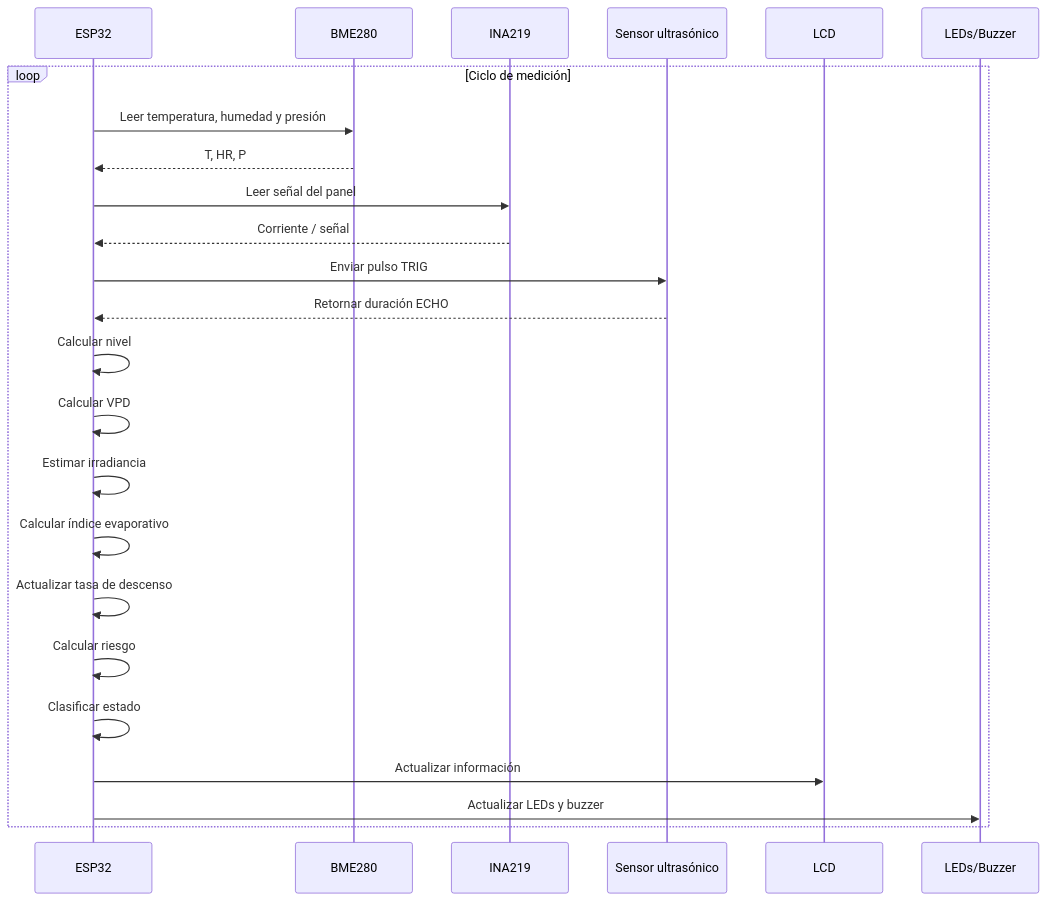
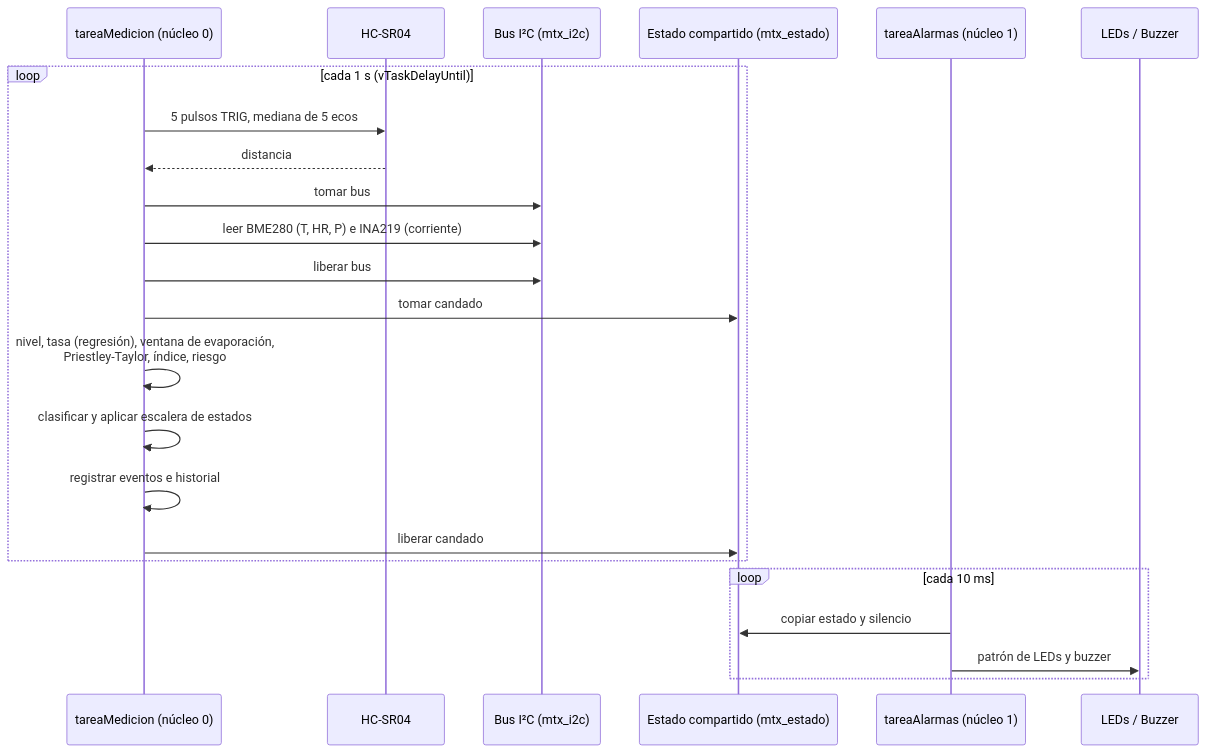
One commit to jorgis857/sistema-alerta-temprana-riesgo-hidrico changed the second of 4 diagrams in wiki/03-Desarrollo-Modular.md. Above: the diagram before and after it, drawn with Mermaid. The commit also changed other lines of this file and 13 other files, not shown here.

````diff
--- a/wiki/03-Desarrollo-Modular.md
+++ b/wiki/03-Desarrollo-Modular.md
@@ -212,31 +308,27 @@
 ```mermaid
 sequenceDiagram
-    participant ESP32
-    participant BME280
-    participant INA219
-    participant ULTRA as Sensor ultrasónico
-    participant LCD
-    participant ACT as LEDs/Buzzer
+    participant TM as tareaMedicion (núcleo 0)
+    participant ULTRA as HC-SR04
+    participant I2C as Bus I²C (mtx_i2c)
+    participant EST as Estado compartido (mtx_estado)
+    participant TA as tareaAlarmas (núcleo 1)
+    participant ACT as LEDs / Buzzer
 
-    loop Ciclo de medición
-        ESP32->>BME280: Leer temperatura, humedad y presión
-        BME280-->>ESP32: T, HR, P
+    loop cada 1 s (vTaskDelayUntil)
+        TM->>ULTRA: 5 pulsos TRIG, mediana de 5 ecos
+        ULTRA-->>TM: distancia
+        TM->>I2C: tomar bus
+        TM->>I2C: leer BME280 (T, HR, P) e INA219 (corriente)
+        TM->>I2C: liberar bus
+        TM->>EST: tomar candado
+        TM->>TM: nivel, tasa (regresión), ventana de evaporación,<br/>Priestley-Taylor, índice, riesgo
+        TM->>TM: clasificar y aplicar escalera de estados
+        TM->>TM: registrar eventos e historial
+        TM->>EST: liberar candado
+    end
 
-        ESP32->>INA219: Leer señal del panel
-        INA219-->>ESP32: Corriente / señal
-
-        ESP32->>ULTRA: Enviar pulso TRIG
-        ULTRA-->>ESP32: Retornar duración ECHO
-
-        ESP32->>ESP32: Calcular nivel
-        ESP32->>ESP32: Calcular VPD
-        ESP32->>ESP32: Estimar irradiancia
-        ESP32->>ESP32: Calcular índice evaporativo
-        ESP32->>ESP32: Actualizar tasa de descenso
-        ESP32->>ESP32: Calcular riesgo
-        ESP32->>ESP32: Clasificar estado
-
-        ESP32->>LCD: Actualizar información
-        ESP32->>ACT: Actualizar LEDs y buzzer
+    loop cada 10 ms
+        TA->>EST: copiar estado y silencio
+        TA->>ACT: patrón de LEDs y buzzer
     end
 ```
````
